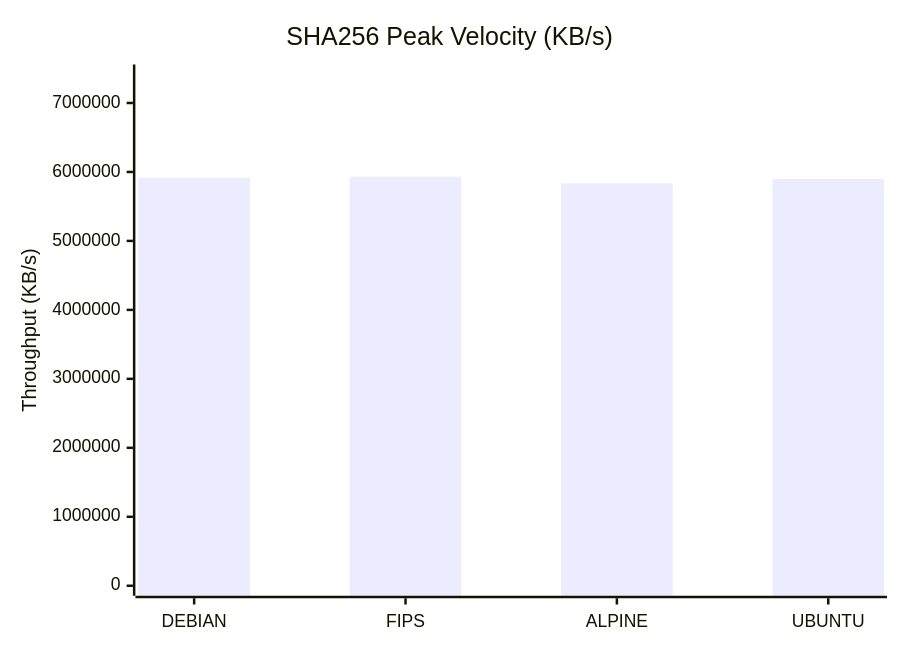
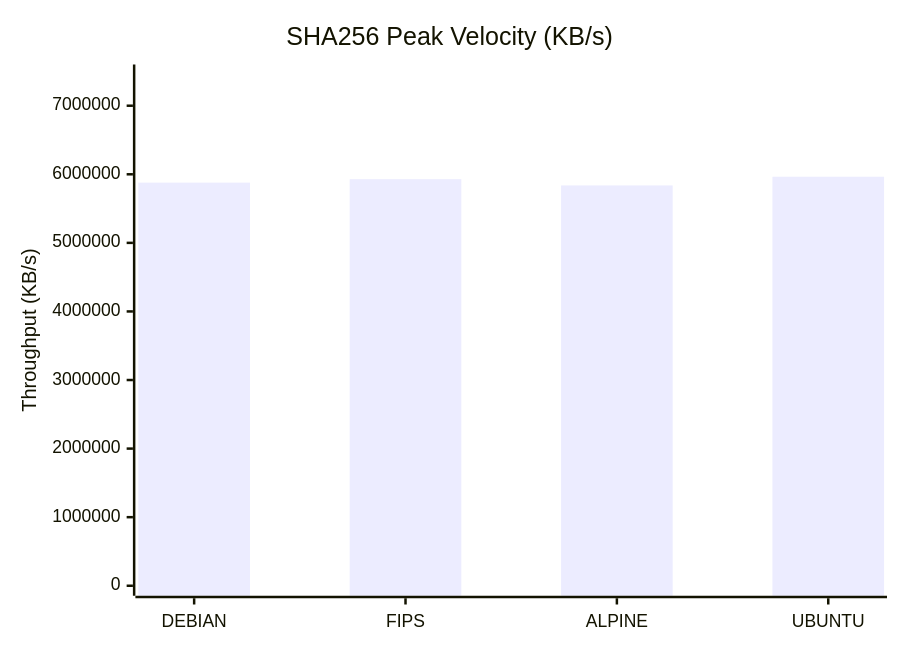
Before and after one commit to taha2samy/openssl_fips: the second of 9 diagrams in docs/Comparison_Report.md, drawn with Mermaid. The commit also changed other lines of this file and 2 other files, not shown here.

````diff
--- a/docs/Comparison_Report.md
+++ b/docs/Comparison_Report.md
@@ -65,7 +65,7 @@
 ```mermaid
 xychart-beta
     title "SHA256 Peak Velocity (KB/s)"
     x-axis [DEBIAN, FIPS, ALPINE, UBUNTU]
-    y-axis "Throughput (KB/s)" 0 --> 7413094
-    bar [5914148.86, 5930475.52, 5834383.36, 5897322.5]
+    y-axis "Throughput (KB/s)" 0 --> 7455180
+    bar [5878489.09, 5928476.67, 5837217.79, 5964144.64]
 ```
````
